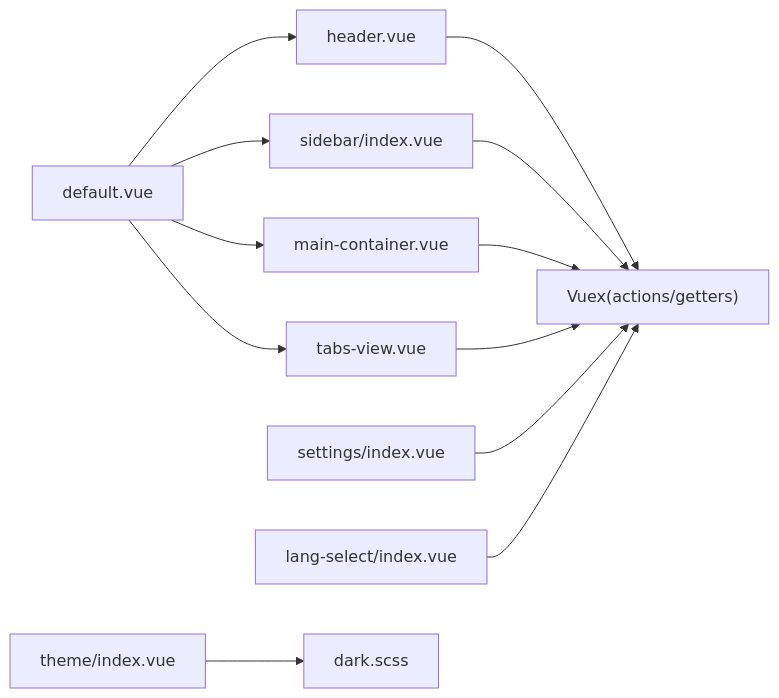
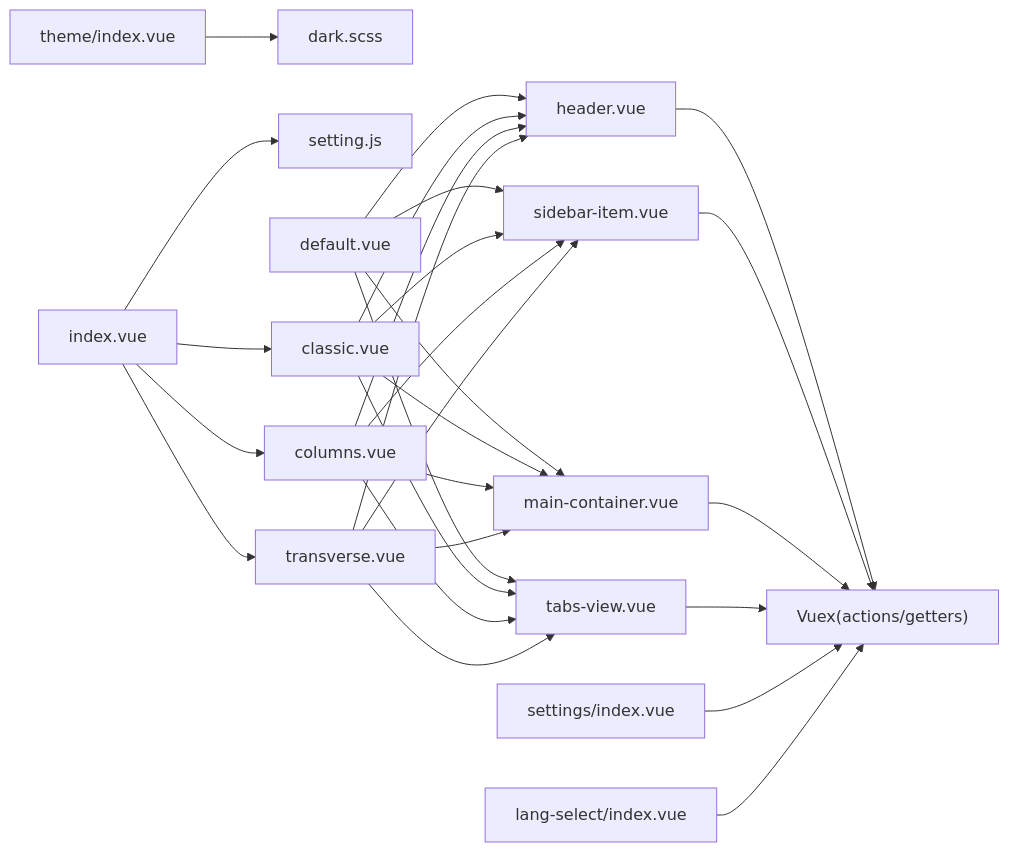
The ninth of 9 diagrams in .qoder/repowiki/zh/content/组件系统/布局组件.md (Neveryu/vue-cms), drawn with Mermaid before and after one commit. The commit also changed other lines of this file and 8 other files, not shown here.

````diff
--- a/.qoder/repowiki/zh/content/组件系统/布局组件.md
+++ b/.qoder/repowiki/zh/content/组件系统/布局组件.md
@@ -317,14 +408,30 @@
 ```mermaid
 graph LR
 Header["header.vue"] --> Vuex["Vuex(actions/getters)"]
-Sidebar["sidebar/index.vue"] --> Vuex
+Sidebar["sidebar-item.vue"] --> Vuex
 Main["main-container.vue"] --> Vuex
 Tabs["tabs-view.vue"] --> Vuex
 Settings["settings/index.vue"] --> Vuex
 LangSel["lang-select/index.vue"] --> Vuex
 ThemeSel["theme/index.vue"] --> Dark["dark.scss"]
-Default["default.vue"] --> Header
-Default --> Sidebar
-Default --> Tabs
-Default --> Main
+LayoutIndex["index.vue"] --> SettingStore["setting.js"]
+LayoutIndex --> ClassicLayout["classic.vue"]
+LayoutIndex --> ColumnsLayout["columns.vue"]
+LayoutIndex --> TransverseLayout["transverse.vue"]
+DefaultLayout["default.vue"] --> Header
+DefaultLayout --> Sidebar
+DefaultLayout --> Tabs
+DefaultLayout --> Main
+ClassicLayout --> Header
+ClassicLayout --> Sidebar
+ClassicLayout --> Tabs
+ClassicLayout --> Main
+ColumnsLayout --> Header
+ColumnsLayout --> Sidebar
+ColumnsLayout --> Tabs
+ColumnsLayout --> Main
+TransverseLayout --> Header
+TransverseLayout --> Sidebar
+TransverseLayout --> Tabs
+TransverseLayout --> Main
 ```
````
